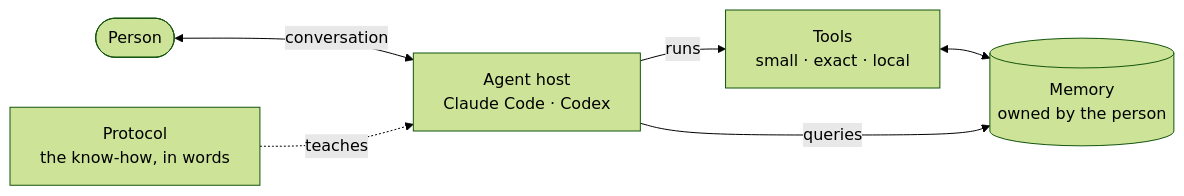
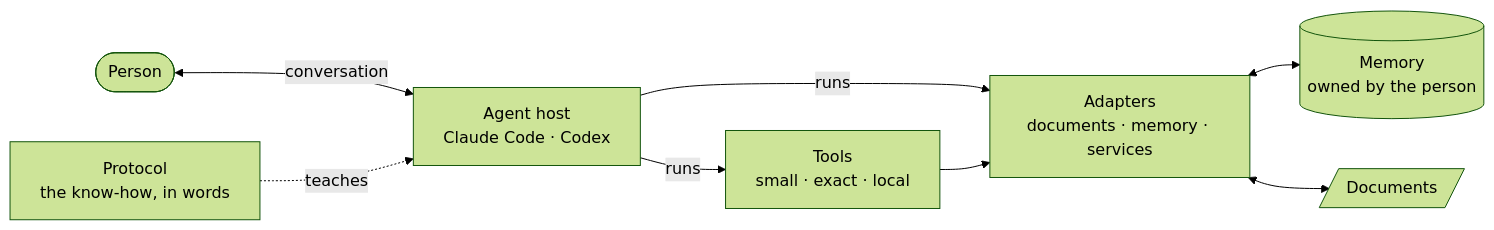
Before and after one commit to howware/howware: the first of 2 diagrams in docs/whitepaper.md, drawn with Mermaid (forest theme). The commit also changed other lines of this file and 17 other files, not shown here.

````diff
--- a/docs/whitepaper.md
+++ b/docs/whitepaper.md
@@ -78,8 +79,10 @@
 ```mermaid
 flowchart LR
     P([Person]) <-- conversation --> A[Agent host<br/>Claude Code · Codex]
     PR[Protocol<br/>the know-how, in words] -. teaches .-> A
     A -- runs --> T[Tools<br/>small · exact · local]
-    T <--> M[(Memory<br/>owned by the person)]
-    A -- queries --> M
+    A -- runs --> AD[Adapters<br/>documents · memory · services]
+    T --> AD
+    AD <--> M[(Memory<br/>owned by the person)]
+    AD <--> D[/Documents/]
 ```
````
